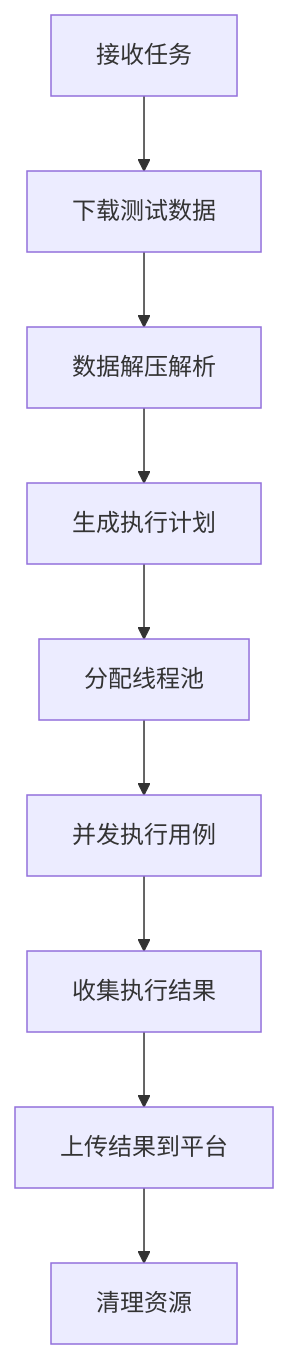
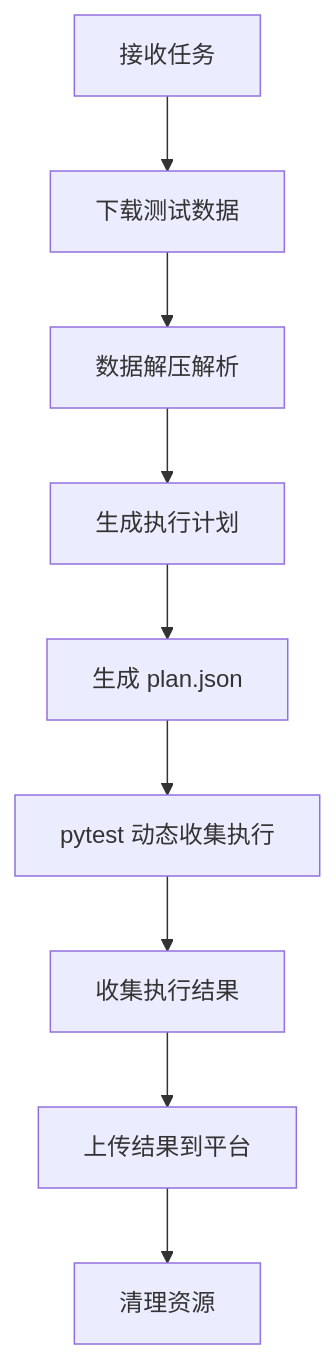
Before and after one commit to qdbin/TestEngin: the second of 3 diagrams in README.md, drawn with Mermaid. The commit also changed other lines of this file and 17 other files, not shown here.

Commit message:
feat: pytest plan runner for API engine

````diff
--- a/README.md
+++ b/README.md
@@ -135,11 +137,11 @@
 ```mermaid
 flowchart TD
     A[接收任务] --> B[下载测试数据]
     B --> C[数据解压解析]
     C --> D[生成执行计划]
-    D --> E[分配线程池]
-    E --> F[并发执行用例]
+    D --> E[生成 plan.json]
+    E --> F[pytest 动态收集执行]
     F --> G[收集执行结果]
     G --> H[上传结果到平台]
     H --> I[清理资源]
 ```
````
